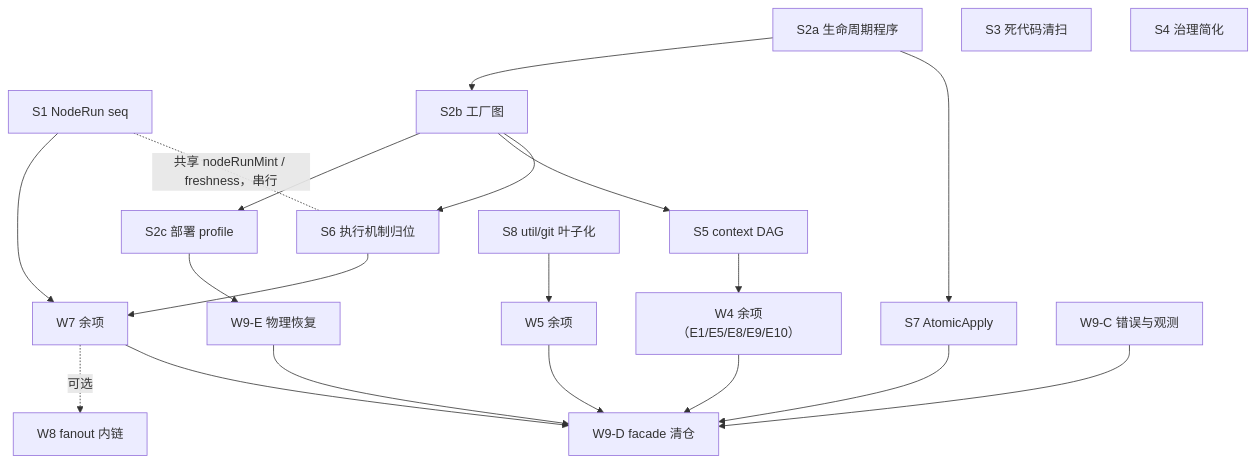
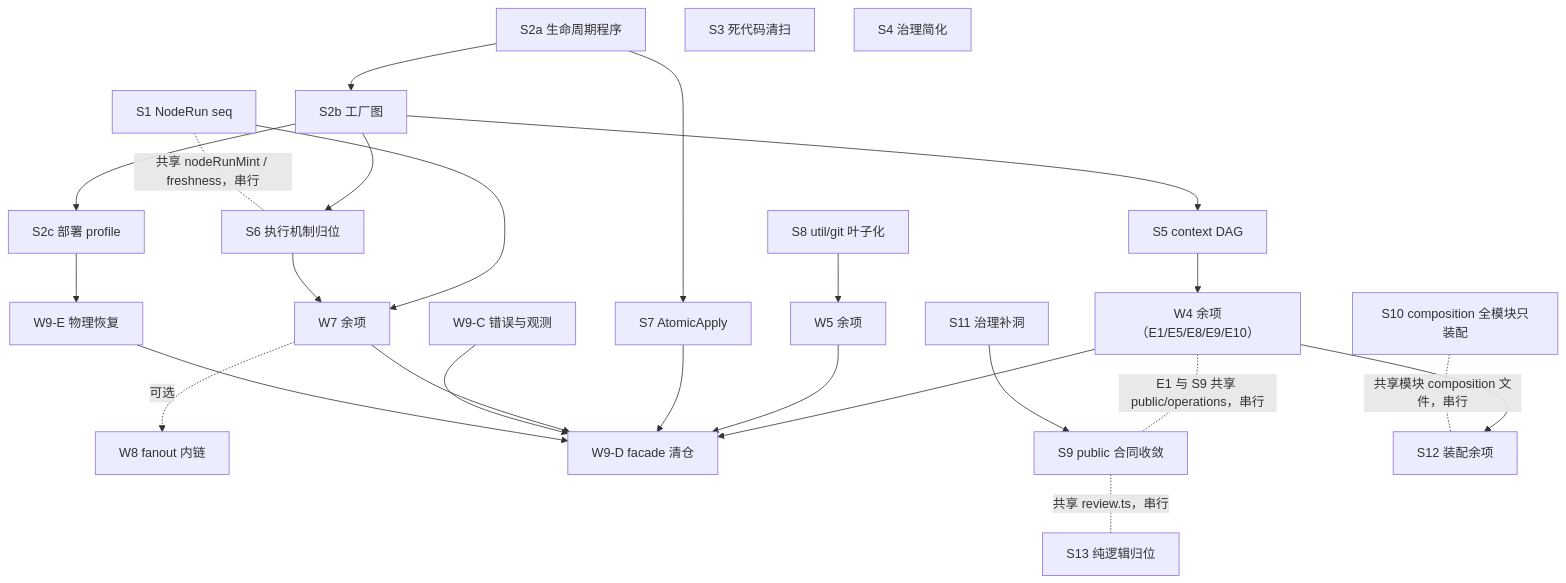
The diagram in design/RFC-294-backend-layered-target-architecture/plan.md (wangbinquan/agent-workflow), drawn with Mermaid before and after one commit. The commit also changed other lines of this file and 4 other files, not shown here.

````diff
--- a/design/RFC-294-backend-layered-target-architecture/plan.md
+++ b/design/RFC-294-backend-layered-target-architecture/plan.md
@@ -685,22 +826,32 @@
 ```mermaid
 flowchart TB
   S1["S1 NodeRun seq"] --> W7R["W7 余项"]
   S2A["S2a 生命周期程序"] --> S2B["S2b 工厂图"] --> S2C["S2c 部署 profile"]
   S2A --> S7["S7 AtomicApply"]
   S2B --> S5["S5 context DAG"]
   S2B --> S6["S6 执行机制归位"]
   S1 -. "共享 nodeRunMint / freshness，串行" .- S6
   S3["S3 死代码清扫"]
   S4["S4 治理简化"]
   S8["S8 util/git 叶子化"] --> W5R["W5 余项"]
   S5 --> W4R["W4 余项（E1/E5/E8/E9/E10）"]
   S6 --> W7R
   W7R -. "可选" .-> W8["W8 fanout 内链"]
   S2C --> W9E["W9-E 物理恢复"]
   W4R --> W9D["W9-D facade 清仓"]
   W5R --> W9D
   S7 --> W9D
   W7R --> W9D
   W9C["W9-C 错误与观测"] --> W9D
   W9E --> W9D
+  S9["S9 public 合同收敛"]
+  S10["S10 composition 全模块只装配"]
+  S11["S11 治理补洞"]
+  S12["S12 装配余项"]
+  S13["S13 纯逻辑归位"]
+  W4R -. "E1 与 S9 共享 public/operations，串行" .- S9
+  W4R --> S12
+  S11 --> S9
+  S9 -. "共享 review.ts，串行" .- S13
+  S10 -. "共享模块 composition 文件，串行" .- S12
 ```
````
